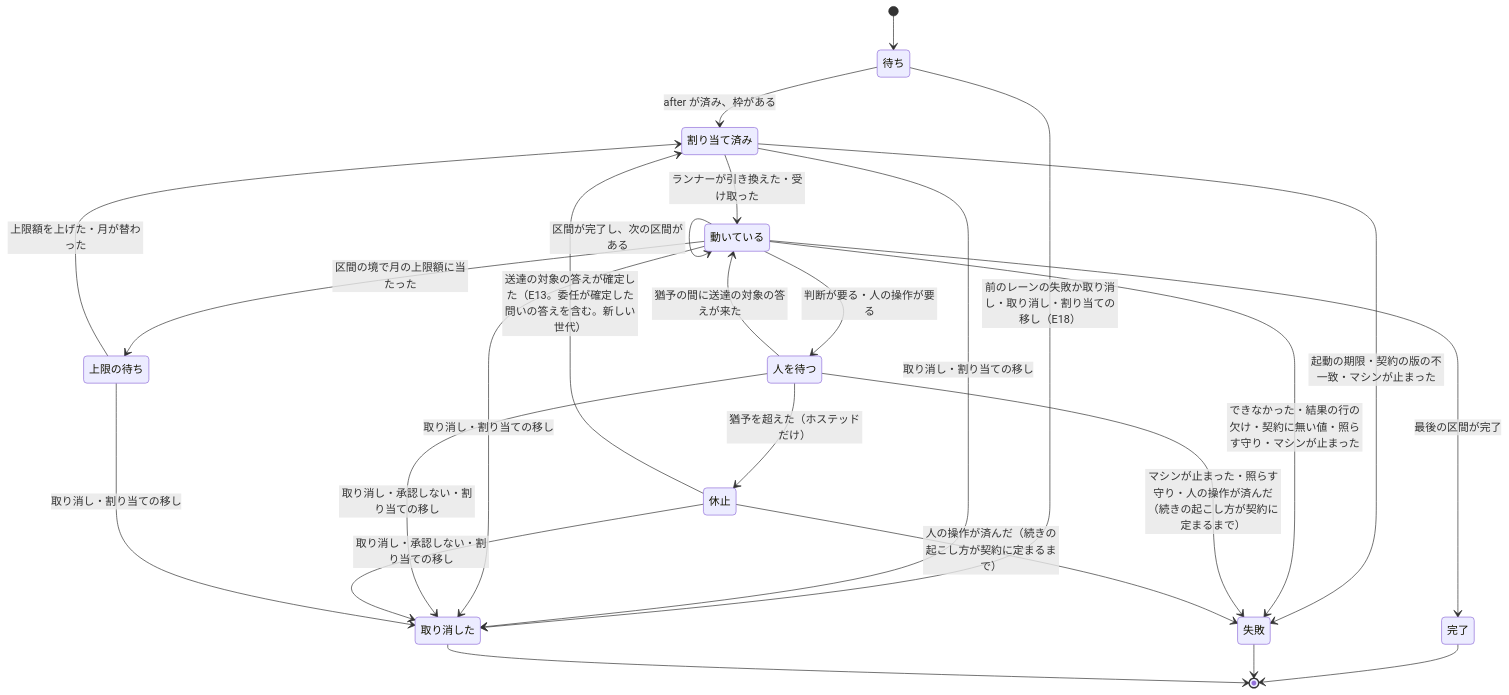
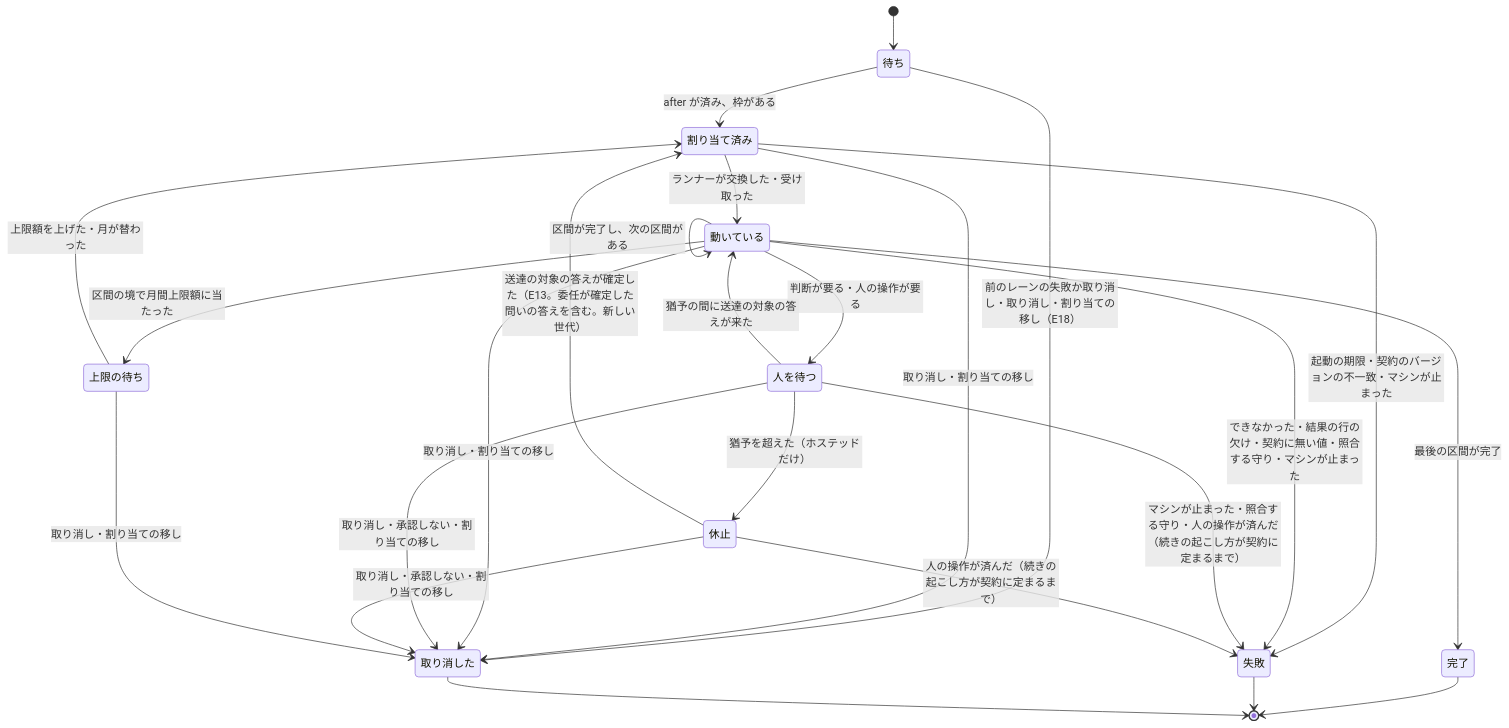
One commit to devbasex/nd-factory changed the fourth of 10 diagrams in docs/design/execution.md. Above: the diagram before and after it, drawn with Mermaid. The commit also changed other lines of this file and 22 other files, not shown here.

````diff
--- a/docs/design/execution.md
+++ b/docs/design/execution.md
@@ -120,27 +120,27 @@
 ```mermaid
 stateDiagram-v2
     [*] --> 待ち
     待ち --> 割り当て済み: after が済み、枠がある
     待ち --> 取り消した: 前のレーンの失敗か取り消し・取り消し・割り当ての移し（E18）
-    割り当て済み --> 動いている: ランナーが引き換えた・受け取った
-    割り当て済み --> 失敗: 起動の期限・契約の版の不一致・マシンが止まった
+    割り当て済み --> 動いている: ランナーが交換した・受け取った
+    割り当て済み --> 失敗: 起動の期限・契約のバージョンの不一致・マシンが止まった
     割り当て済み --> 取り消した: 取り消し・割り当ての移し
     動いている --> 動いている: 区間が完了し、次の区間がある
     動いている --> 人を待つ: 判断が要る・人の操作が要る
     人を待つ --> 動いている: 猶予の間に送達の対象の答えが来た
     人を待つ --> 休止: 猶予を超えた（ホステッドだけ）
     休止 --> 割り当て済み: 送達の対象の答えが確定した（E13。委任が確定した問いの答えを含む。新しい世代）
-    動いている --> 上限の待ち: 区間の境で月の上限額に当たった
+    動いている --> 上限の待ち: 区間の境で月間上限額に当たった
     上限の待ち --> 割り当て済み: 上限額を上げた・月が替わった
     動いている --> 完了: 最後の区間が完了
-    動いている --> 失敗: できなかった・結果の行の欠け・契約に無い値・照らす守り・マシンが止まった
-    人を待つ --> 失敗: マシンが止まった・照らす守り・人の操作が済んだ（続きの起こし方が契約に定まるまで）
+    動いている --> 失敗: できなかった・結果の行の欠け・契約に無い値・照合する守り・マシンが止まった
+    人を待つ --> 失敗: マシンが止まった・照合する守り・人の操作が済んだ（続きの起こし方が契約に定まるまで）
     休止 --> 失敗: 人の操作が済んだ（続きの起こし方が契約に定まるまで）
     動いている --> 取り消した: 取り消し・割り当ての移し
     人を待つ --> 取り消した: 取り消し・承認しない・割り当ての移し
     休止 --> 取り消した: 取り消し・承認しない・割り当ての移し
     上限の待ち --> 取り消した: 取り消し・割り当ての移し
     完了 --> [*]
     失敗 --> [*]
     取り消した --> [*]
 ```
````
